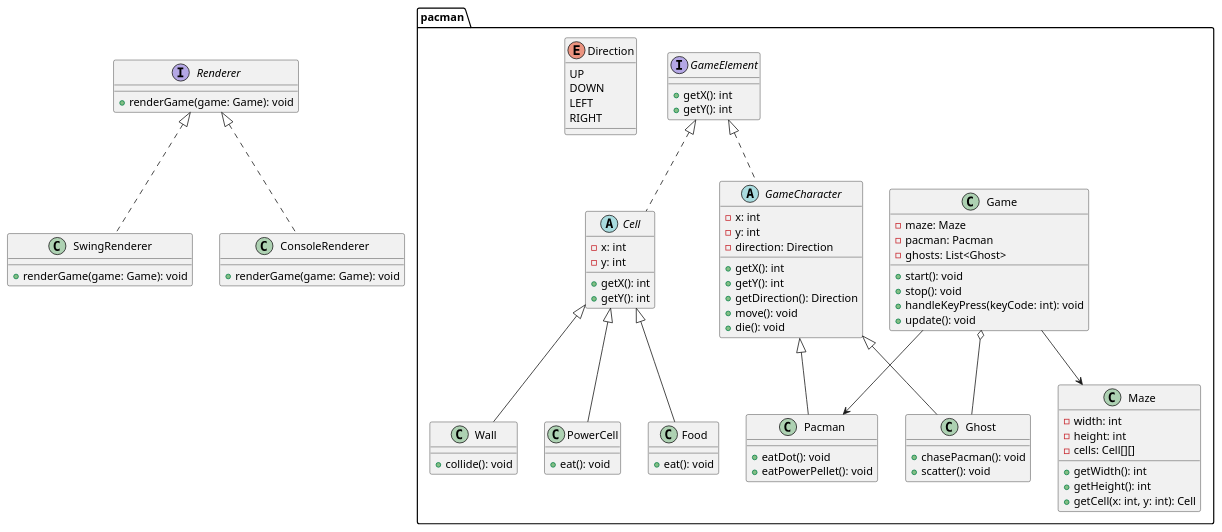
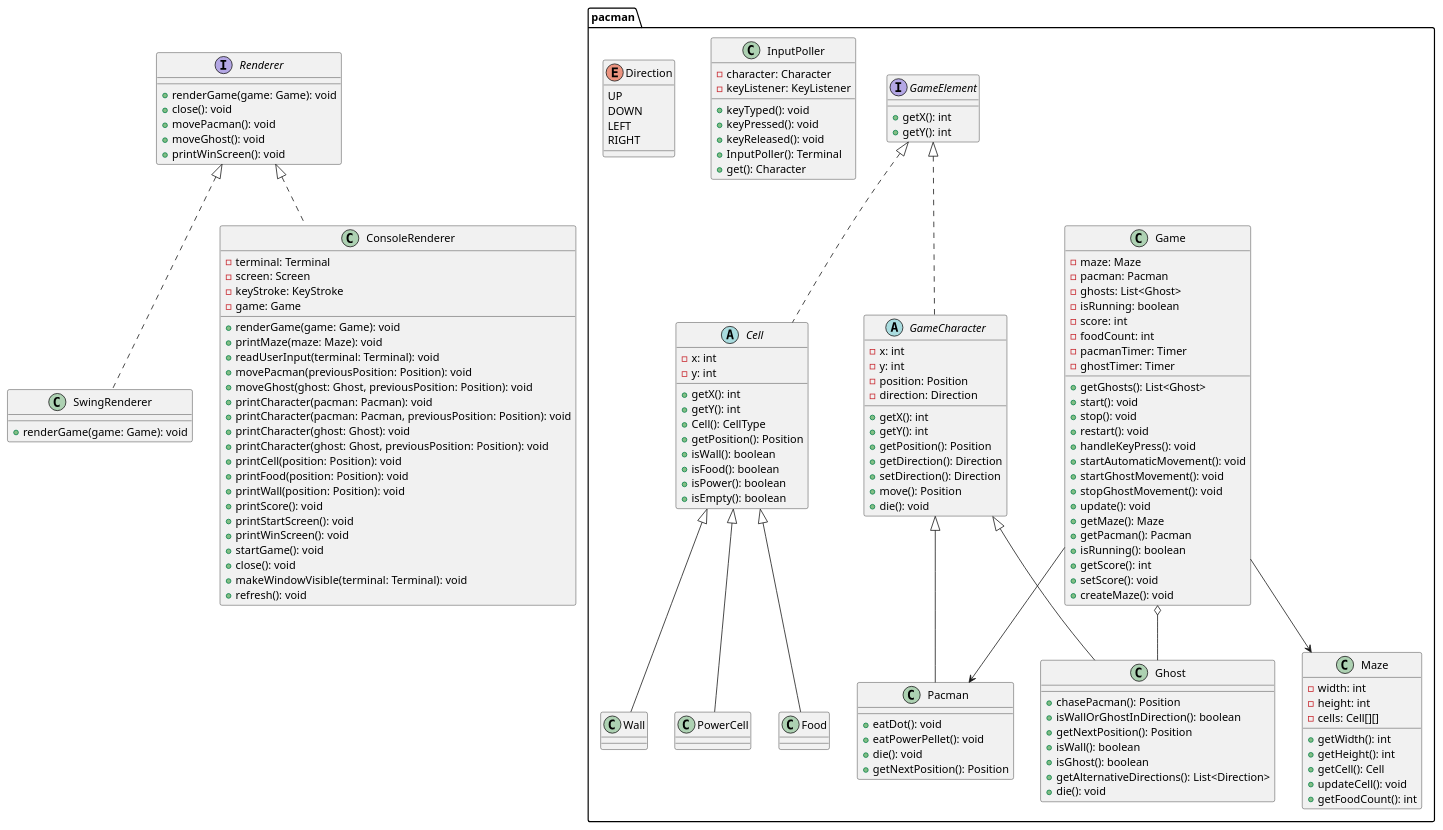
One commit to eabol/awesome-projects-prograii changed the diagram in pacman/docs/pacmanDiagram.puml. Above: the diagram before and after it, drawn with PlantUML. The commit also changed 2 other files, not shown here.

Commit message:
fix: Modified the uml diagram of the proyect

```diff
--- a/pacman/docs/pacmanDiagram.puml
+++ b/pacman/docs/pacmanDiagram.puml
@@ -1,83 +1,146 @@
 @startuml
 package pacman {
   class Game {
     - maze: Maze
     - pacman: Pacman
     - ghosts: List<Ghost>
+    - isRunning: boolean
+    - score: int
+    - foodCount: int
+    - pacmanTimer: Timer
+    - ghostTimer: Timer
+    + getGhosts(): List<Ghost>
     + start(): void
     + stop(): void
-    + handleKeyPress(keyCode: int): void
+    + restart(): void
+    + handleKeyPress(): void
+    + startAutomaticMovement(): void
+    + startGhostMovement(): void
+    + stopGhostMovement(): void
     + update(): void
+    + getMaze(): Maze
+    + getPacman(): Pacman
+    + isRunning(): boolean
+    + getScore(): int
+    + setScore(): void
+    + createMaze(): void
   }
   class Maze {
     - width: int
     - height: int
     - cells: Cell[][]
     + getWidth(): int
     + getHeight(): int
-    + getCell(x: int, y: int): Cell
+    + getCell(): Cell
+    + updateCell(): void
+    + getFoodCount(): int
   }
   abstract class Cell implements GameElement{
     - x: int
     - y: int
     + getX(): int
     + getY(): int
+    + Cell(): CellType
+    + getPosition(): Position
+    + isWall(): boolean
+    + isFood(): boolean
+    + isPower(): boolean
+    + isEmpty(): boolean
   }
-  class Food {
-    + eat(): void
-  }
-  class Wall {
-    + collide(): void
-  }
-  class PowerCell {
-    + eat(): void
-  }
+
   abstract class GameCharacter implements GameElement {
     - x: int
     - y: int
+    - position: Position
     - direction: Direction
     + getX(): int
     + getY(): int
+    + getPosition(): Position
     + getDirection(): Direction
-    + move(): void
+    + setDirection(): Direction
+    + move(): Position
     + die(): void
   }
   class Pacman {
     + eatDot(): void
     + eatPowerPellet(): void
+    + die(): void
+    + getNextPosition(): Position
   }
   class Ghost {
-    + chasePacman(): void
-    + scatter(): void
+    + chasePacman(): Position
+    + isWallOrGhostInDirection(): boolean
+    + getNextPosition(): Position
+    + isWall(): boolean
+    + isGhost(): boolean
+    + getAlternativeDirections(): List<Direction>
+    + die(): void
+  }
+  class InputPoller{
+    - character: Character
+    - keyListener: KeyListener
+    + keyTyped(): void
+    + keyPressed(): void
+    + keyReleased(): void
+    + InputPoller(): Terminal
+    + get(): Character
+
   }
   enum Direction {
     UP
     DOWN
     LEFT
     RIGHT
   }
   interface GameElement {
     + getX(): int
     + getY(): int
   }
   GameCharacter <|-- Pacman
   GameCharacter <|-- Ghost
   Game --> Maze
   Game --> Pacman
   Game o-- Ghost
   Cell <|-- Food
   Cell <|-- Wall
   Cell <|-- PowerCell
 }
 interface Renderer {
   + renderGame(game: Game): void
+  + close(): void
+  + movePacman(): void
+  + moveGhost(): void
+  + printWinScreen(): void
 }
 class SwingRenderer{
   + renderGame(game: Game): void
 }
 class ConsoleRenderer{
+  - terminal: Terminal
+  - screen: Screen
+  - keyStroke: KeyStroke
+  - game: Game
   + renderGame(game: Game): void
+  + printMaze(maze: Maze): void
+  + readUserInput(terminal: Terminal): void
+  + movePacman(previousPosition: Position): void
+  + moveGhost(ghost: Ghost, previousPosition: Position): void
+  + printCharacter(pacman: Pacman): void
+  + printCharacter(pacman: Pacman, previousPosition: Position): void
+  + printCharacter(ghost: Ghost): void
+  + printCharacter(ghost: Ghost, previousPosition: Position): void
+  + printCell(position: Position): void
+  + printFood(position: Position): void
+  + printWall(position: Position): void
+  + printScore(): void
+  + printStartScreen(): void
+  + printWinScreen(): void
+  + startGame(): void
+  + close(): void
+  + makeWindowVisible(terminal: Terminal): void
+  + refresh(): void
+
 }
 Renderer <|.. SwingRenderer
 Renderer <|.. ConsoleRenderer
 @enduml
```
